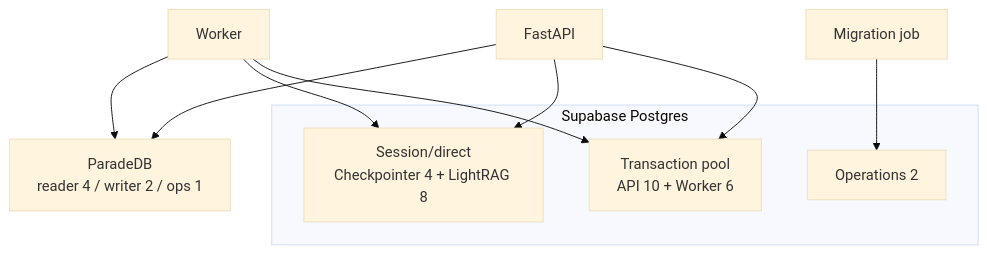
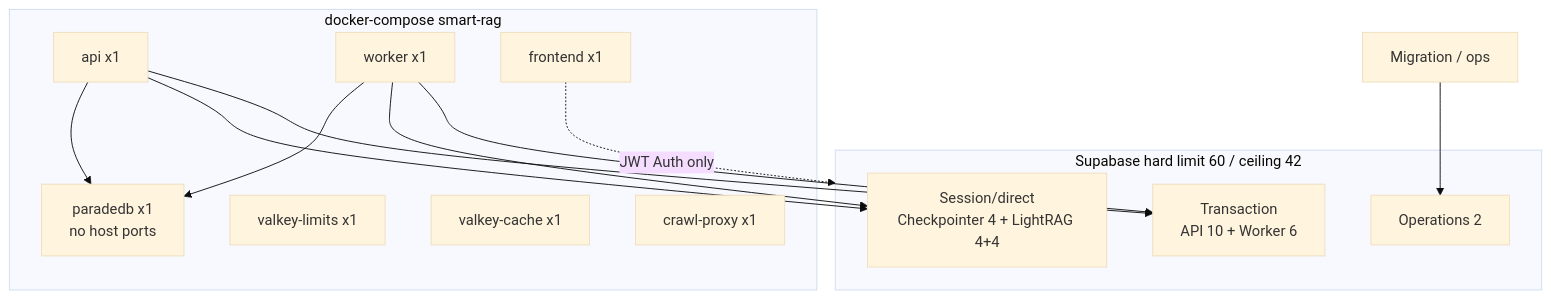
The diagram in docs/architecture/05-database-connections.md (Nagdy8888/smart-rag), drawn with Mermaid (base theme) before and after one commit. The commit also changed other lines of this file and 18 other files, not shown here.

````diff
--- a/docs/architecture/05-database-connections.md
+++ b/docs/architecture/05-database-connections.md
@@ -48,16 +42,25 @@
 ```mermaid
 flowchart TB
-  subgraph supabase [Supabase Postgres]
-    txnPool["Transaction pool\nAPI 10 + Worker 6"]
-    sessionPool["Session/direct\nCheckpointer 4 + LightRAG 8"]
-    opsPool["Operations 2"]
+  subgraph compose [docker-compose smart-rag]
+    api["api x1"]
+    worker["worker x1"]
+    frontend["frontend x1"]
+    paradedb["paradedb x1\nno host ports"]
+    valkeyL["valkey-limits x1"]
+    valkeyC["valkey-cache x1"]
+    crawl["crawl-proxy x1"]
   end
-  api["FastAPI"] --> txnPool
-  api --> sessionPool
-  worker["Worker"] --> txnPool
-  worker --> sessionPool
-  migrate["Migration job"] --> opsPool
-  paradedb["ParadeDB\nreader 4 / writer 2 / ops 1"]
+  subgraph supabaseBudget [Supabase hard limit 60 / ceiling 42]
+    txn["Transaction\nAPI 10 + Worker 6"]
+    sess["Session/direct\nCheckpointer 4 + LightRAG 4+4"]
+    ops["Operations 2"]
+  end
+  api --> txn
+  api --> sess
+  worker --> txn
+  worker --> sess
+  migrate["Migration / ops"] --> ops
+  api --> paradedb
   worker --> paradedb
-  api --> paradedb
+  frontend -.->|JWT Auth only| supabaseBudget
 ```
````
